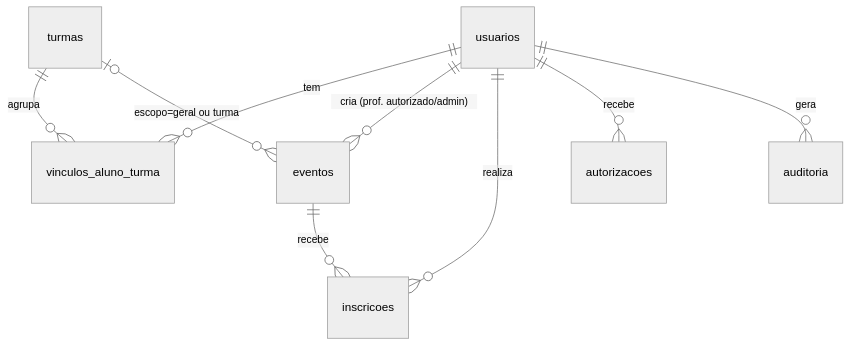
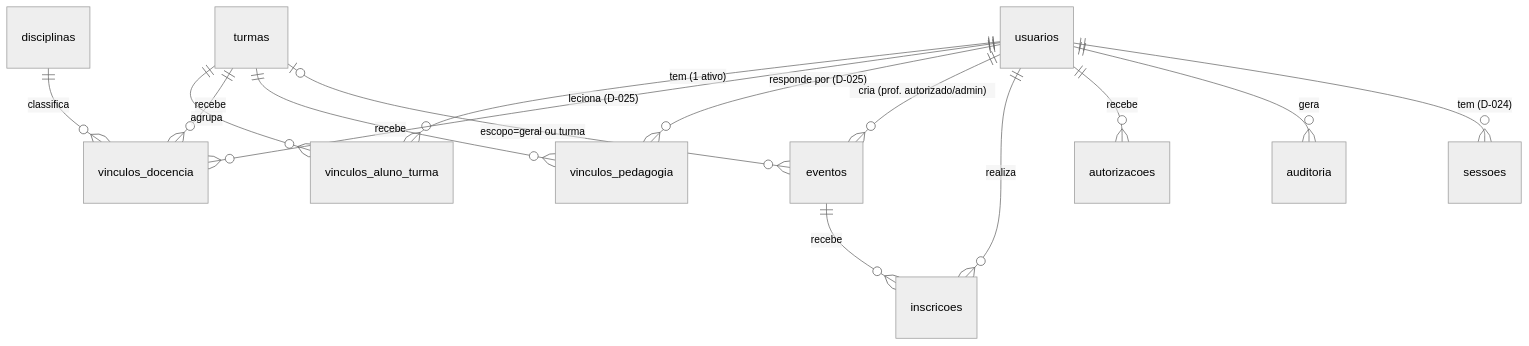
The diagram in docs/modelo-de-dados.md (GustoDiula/cepk-eventos), drawn with Mermaid (neutral theme) before and after one commit. The commit also changed other lines of this file and 32 other files, not shown here.

````diff
--- a/docs/modelo-de-dados.md
+++ b/docs/modelo-de-dados.md
@@ -22,11 +23,17 @@
 ```mermaid
 erDiagram
-  usuarios ||--o{ vinculos_aluno_turma : "tem"
+  usuarios ||--o{ vinculos_aluno_turma : "tem (1 ativo)"
   turmas ||--o{ vinculos_aluno_turma : "agrupa"
+  usuarios ||--o{ vinculos_docencia : "leciona (D-025)"
+  turmas ||--o{ vinculos_docencia : "recebe"
+  disciplinas ||--o{ vinculos_docencia : "classifica"
+  usuarios ||--o{ vinculos_pedagogia : "responde por (D-025)"
+  turmas ||--o{ vinculos_pedagogia : "recebe"
   usuarios ||--o{ eventos : "cria (prof. autorizado/admin)"
   turmas |o--o{ eventos : "escopo=geral ou turma"
   eventos ||--o{ inscricoes : "recebe"
   usuarios ||--o{ inscricoes : "realiza"
   usuarios ||--o{ autorizacoes : "recebe"
   usuarios ||--o{ auditoria : "gera"
+  usuarios ||--o{ sessoes : "tem (D-024)"
 ```
````
